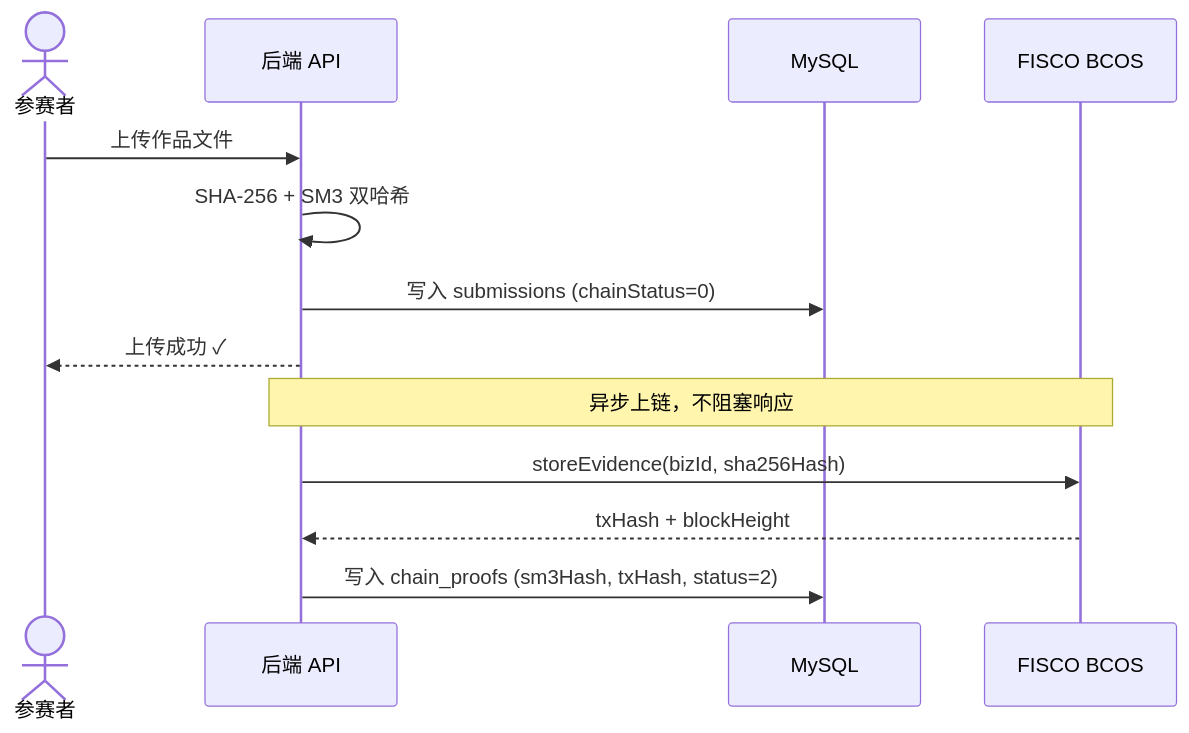
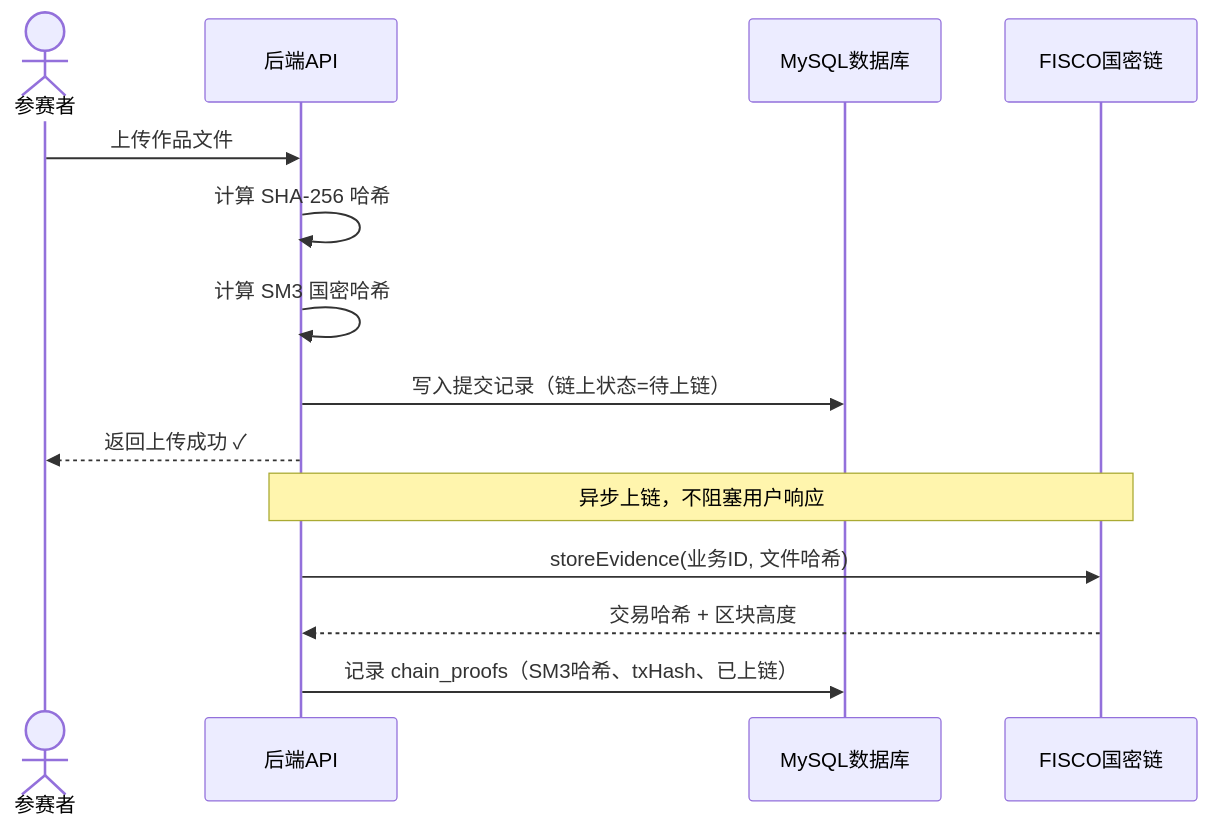
The second of 4 diagrams in README.md (zzzzzzzzzzhy/zk_fisco_platform), drawn with Mermaid before and after one commit. The commit also changed other lines of this file, not shown here.

Commit message:
优化 README：架构图全中文标注，补充测试账号、MinIO 地址等细节

````diff
--- a/README.md
+++ b/README.md
@@ -52,17 +77,18 @@
 ```mermaid
 sequenceDiagram
-    actor User as 参赛者
-    participant API as 后端 API
-    participant DB as MySQL
-    participant FISCO as FISCO BCOS
+    actor 参赛者
+    participant 后端API
+    participant MySQL数据库
+    participant FISCO国密链
 
-    User->>API: 上传作品文件
-    API->>API: SHA-256 + SM3 双哈希
-    API->>DB: 写入 submissions (chainStatus=0)
-    API-->>User: 上传成功 ✓
+    参赛者->>后端API: 上传作品文件
+    后端API->>后端API: 计算 SHA-256 哈希
+    后端API->>后端API: 计算 SM3 国密哈希
+    后端API->>MySQL数据库: 写入提交记录（链上状态=待上链）
+    后端API-->>参赛者: 返回上传成功 ✓
 
-    Note over API,FISCO: 异步上链，不阻塞响应
-    API->>FISCO: storeEvidence(bizId, sha256Hash)
-    FISCO-->>API: txHash + blockHeight
-    API->>DB: 写入 chain_proofs (sm3Hash, txHash, status=2)
+    Note over 后端API,FISCO国密链: 异步上链，不阻塞用户响应
+    后端API->>FISCO国密链: storeEvidence(业务ID, 文件哈希)
+    FISCO国密链-->>后端API: 交易哈希 + 区块高度
+    后端API->>MySQL数据库: 记录 chain_proofs（SM3哈希、txHash、已上链）
 ```
````
